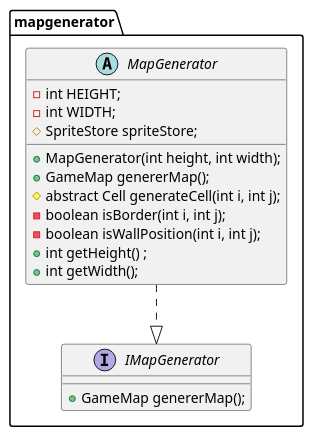
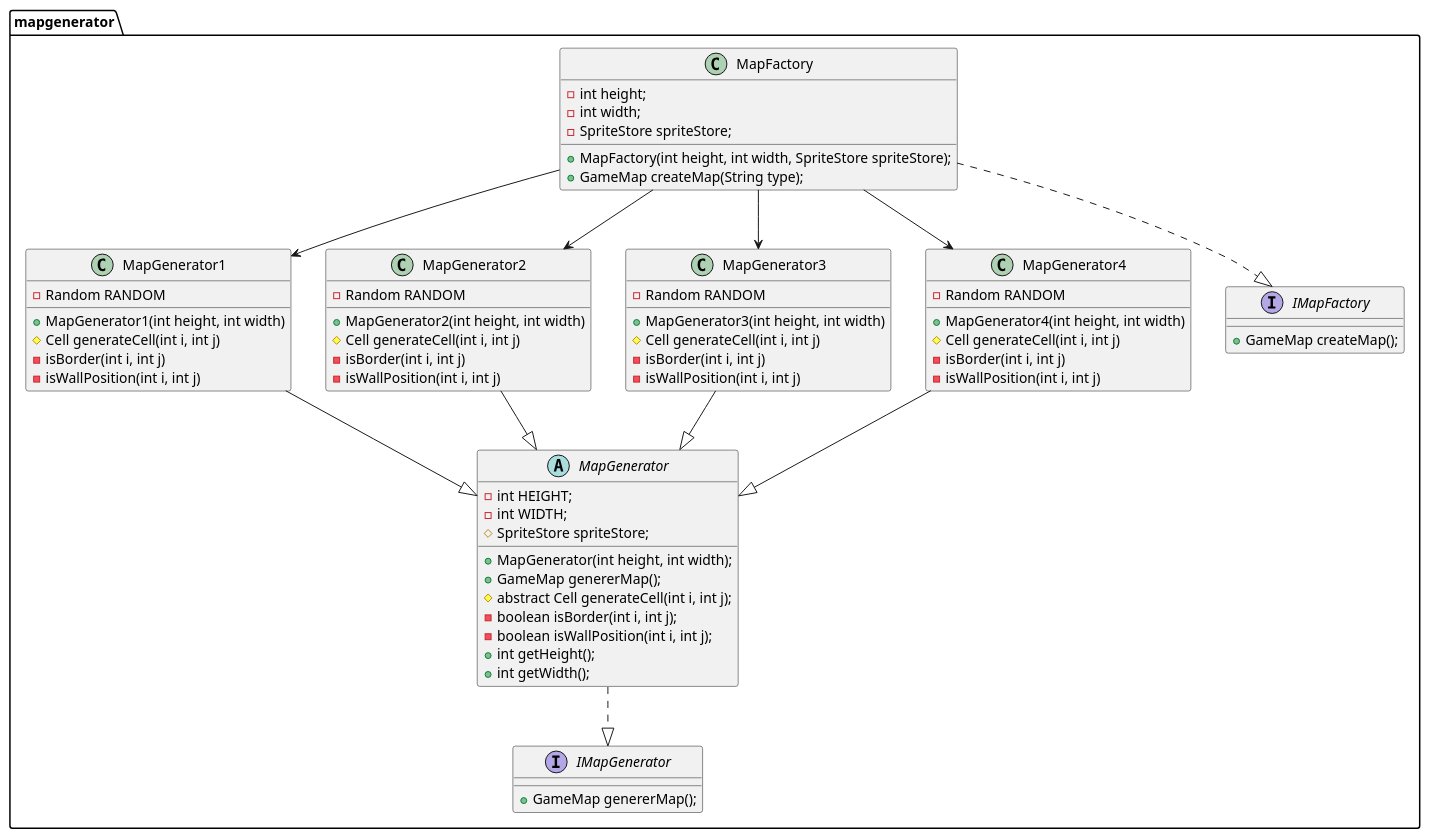
One commit to MatheoDalmasso/Bomberman changed the diagram in src/main/java/fr/univartois/butinfo/r304/bomberman/model/map/mapgenerator/mapGeneratorPUML.puml. Above: the diagram before and after it, drawn with PlantUML. The commit also changed 1 other file, not shown here.

Commit message:
#108 - Ajout du puml de map

```diff
--- a/src/main/java/fr/univartois/butinfo/r304/bomberman/model/map/mapgenerator/mapGeneratorPUML.puml
+++ b/src/main/java/fr/univartois/butinfo/r304/bomberman/model/map/mapgenerator/mapGeneratorPUML.puml
@@ -1,24 +1,82 @@
 @startuml
 package mapgenerator {
+
     interface IMapGenerator {
-        +  GameMap genererMap();
+        + GameMap genererMap();
     }
 
-    abstract class MapGenerator{
+    abstract class MapGenerator {
         - int HEIGHT;
         - int WIDTH;
         # SpriteStore spriteStore;
 
         + MapGenerator(int height, int width);
         + GameMap genererMap();
         # abstract Cell generateCell(int i, int j);
         - boolean isBorder(int i, int j);
         - boolean isWallPosition(int i, int j);
-        + int getHeight() ;
+        + int getHeight();
         + int getWidth();
     }
 
-MapGenerator ..|> IMapGenerator
+    MapGenerator ..|> IMapGenerator
 
+    class MapGenerator1 {
+        - Random RANDOM
+        + MapGenerator1(int height, int width)
+        # Cell generateCell(int i, int j)
+        - isBorder(int i, int j)
+        - isWallPosition(int i, int j)
+    }
+
+    class MapGenerator2 {
+        - Random RANDOM
+        + MapGenerator2(int height, int width)
+        # Cell generateCell(int i, int j)
+        - isBorder(int i, int j)
+        - isWallPosition(int i, int j)
+    }
+
+    class MapGenerator3 {
+        - Random RANDOM
+        + MapGenerator3(int height, int width)
+        # Cell generateCell(int i, int j)
+        - isBorder(int i, int j)
+        - isWallPosition(int i, int j)
+    }
+
+    class MapGenerator4 {
+        - Random RANDOM
+        + MapGenerator4(int height, int width)
+        # Cell generateCell(int i, int j)
+        - isBorder(int i, int j)
+        - isWallPosition(int i, int j)
+    }
+
+    MapGenerator1 --|> MapGenerator
+    MapGenerator2 --|> MapGenerator
+    MapGenerator3 --|> MapGenerator
+    MapGenerator4 --|> MapGenerator
+
+    interface IMapFactory {
+        + GameMap createMap();
+    }
+
+    class MapFactory {
+        - int height;
+        - int width;
+        - SpriteStore spriteStore;
+
+        + MapFactory(int height, int width, SpriteStore spriteStore);
+        + GameMap createMap(String type);
+    }
+
+    MapFactory ..|> IMapFactory
+}
+
+MapFactory --> MapGenerator1
+MapFactory --> MapGenerator2
+MapFactory --> MapGenerator3
+MapFactory --> MapGenerator4
 
 @enduml
```
